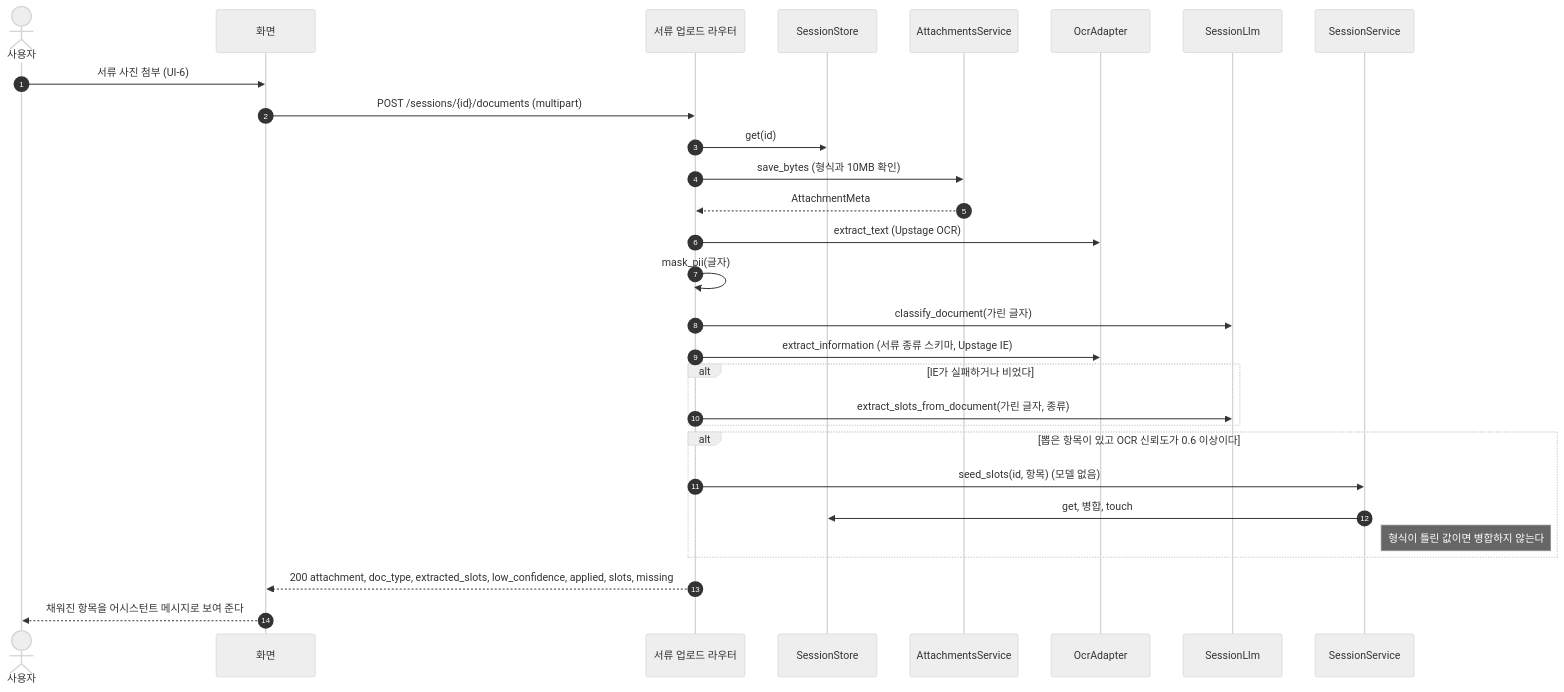
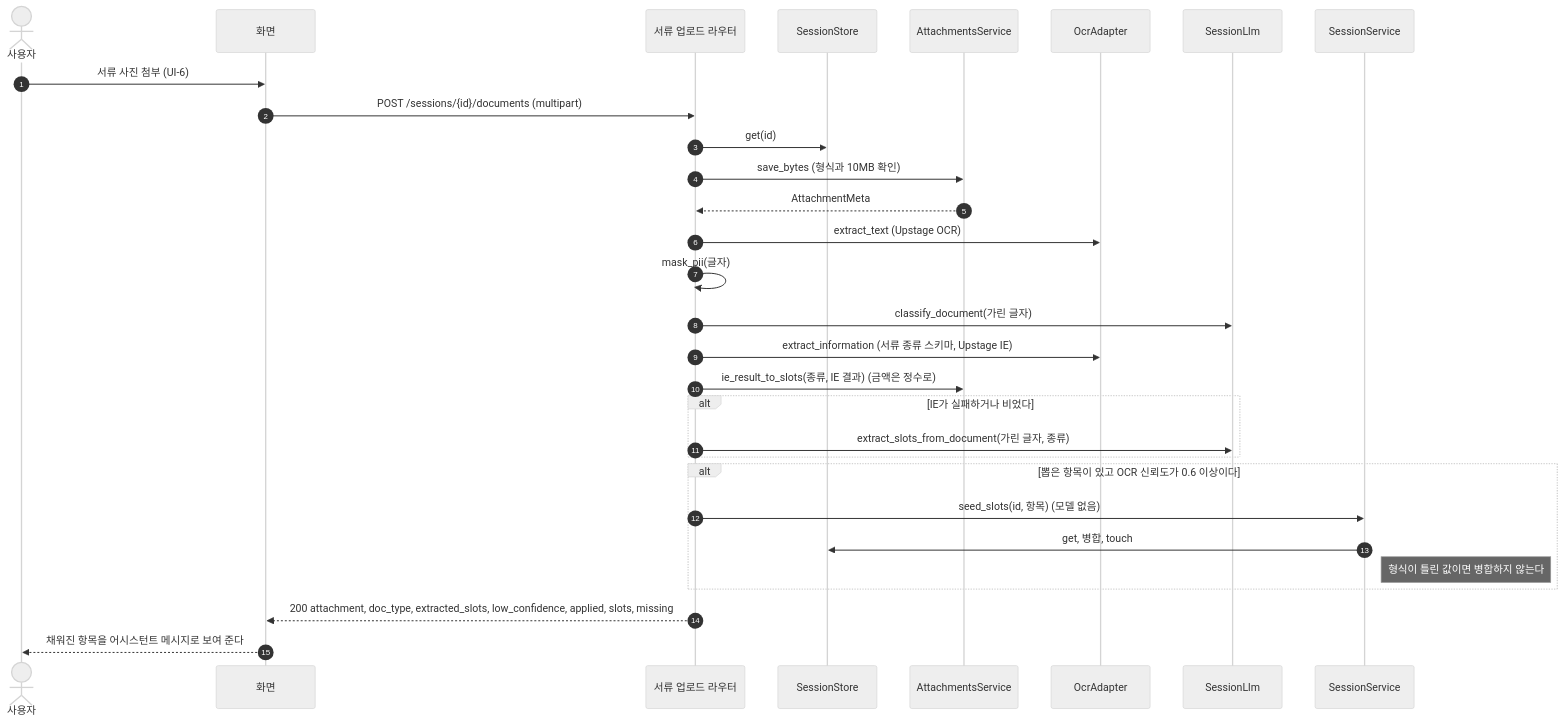
The sixth of 15 diagrams in docs/specs/09-SEQ/INS-SEQ-002.md (HoyoungParkme/Insurance-Helper), drawn with Mermaid (neutral theme) before and after one commit. The commit also changed other lines of this file, not shown here.

````diff
--- a/docs/specs/09-SEQ/INS-SEQ-002.md
+++ b/docs/specs/09-SEQ/INS-SEQ-002.md
@@ -255,31 +258,32 @@
 ```mermaid
 sequenceDiagram
     autonumber
     actor U as 사용자
     participant FE as 화면
     participant R as 서류 업로드 라우터
     participant ST as SessionStore
     participant AT as AttachmentsService
     participant OC as OcrAdapter
     participant SL as SessionLlm
     participant SS as SessionService
     U->>FE: 서류 사진 첨부 (UI-6)
     FE->>R: POST /sessions/{id}/documents (multipart)
     R->>ST: get(id)
     R->>AT: save_bytes (형식과 10MB 확인)
     AT-->>R: AttachmentMeta
     R->>OC: extract_text (Upstage OCR)
     R->>R: mask_pii(글자)
     R->>SL: classify_document(가린 글자)
     R->>OC: extract_information (서류 종류 스키마, Upstage IE)
+    R->>AT: ie_result_to_slots(종류, IE 결과) (금액은 정수로)
     alt IE가 실패하거나 비었다
         R->>SL: extract_slots_from_document(가린 글자, 종류)
     end
     alt 뽑은 항목이 있고 OCR 신뢰도가 0.6 이상이다
         R->>SS: seed_slots(id, 항목) (모델 없음)
         SS->>ST: get, 병합, touch
         Note right of SS: 형식이 틀린 값이면 병합하지 않는다
     end
     R-->>FE: 200 attachment, doc_type, extracted_slots, low_confidence, applied, slots, missing
     FE-->>U: 채워진 항목을 어시스턴트 메시지로 보여 준다
 ```
````
